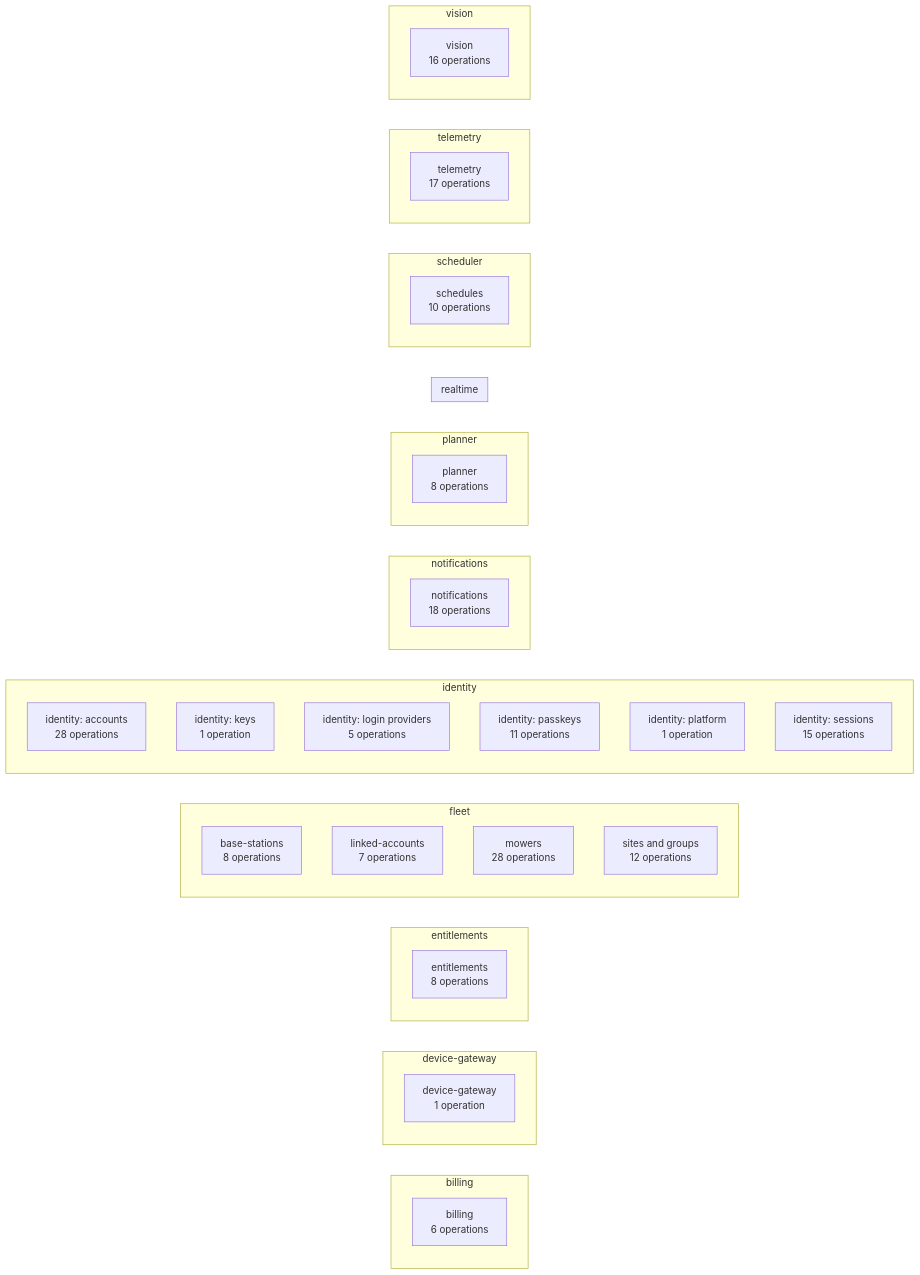
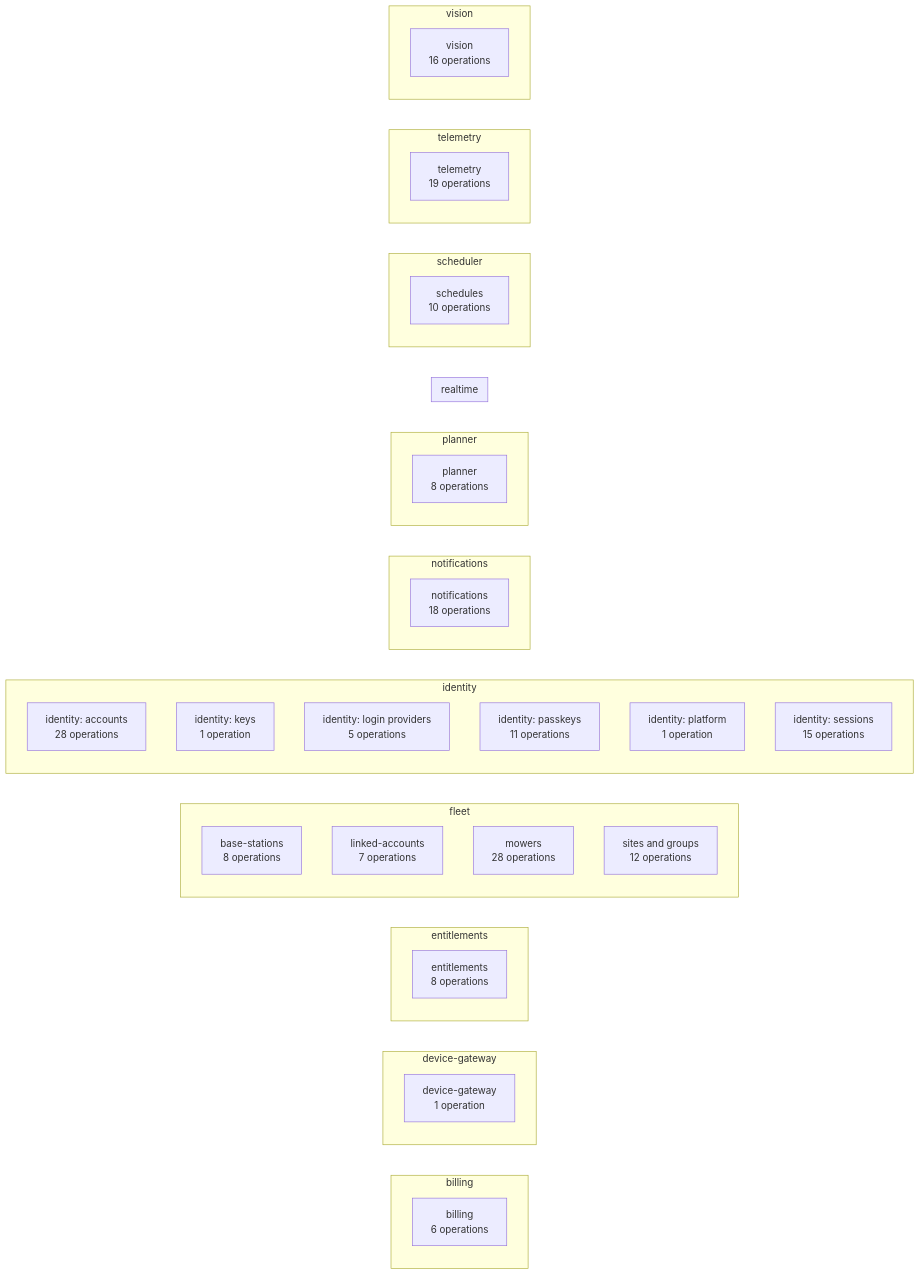
Diagram 14 of 15 in docs/architecture/generated.md (lukislp/mowdeck), drawn with Mermaid before and after one commit. The commit also changed other lines of this file and 45 other files, not shown here.

````diff
--- a/docs/architecture/generated.md
+++ b/docs/architecture/generated.md
@@ -424,54 +424,54 @@
 ```mermaid
 flowchart LR
   subgraph billing["billing"]
     direction TB
     billing_billing["billing<br/>6 operations"]
   end
   subgraph device_gateway["device-gateway"]
     direction TB
     device_gateway_device_gateway["device-gateway<br/>1 operation"]
   end
   subgraph entitlements["entitlements"]
     direction TB
     entitlements_entitlements["entitlements<br/>8 operations"]
   end
   subgraph fleet["fleet"]
     direction TB
     fleet_base_stations["base-stations<br/>8 operations"]
     fleet_linked_accounts["linked-accounts<br/>7 operations"]
     fleet_mowers["mowers<br/>28 operations"]
     fleet_sites_and_groups["sites and groups<br/>12 operations"]
   end
   subgraph identity["identity"]
     direction TB
     identity_identity__accounts["identity: accounts<br/>28 operations"]
     identity_identity__keys["identity: keys<br/>1 operation"]
     identity_identity__login_providers["identity: login providers<br/>5 operations"]
     identity_identity__passkeys["identity: passkeys<br/>11 operations"]
     identity_identity__platform["identity: platform<br/>1 operation"]
     identity_identity__sessions["identity: sessions<br/>15 operations"]
   end
   subgraph notifications["notifications"]
     direction TB
     notifications_notifications["notifications<br/>18 operations"]
   end
   subgraph planner["planner"]
     direction TB
     planner_planner["planner<br/>8 operations"]
   end
   subgraph realtime["realtime"]
     direction TB
   end
   subgraph scheduler["scheduler"]
     direction TB
     scheduler_schedules["schedules<br/>10 operations"]
   end
   subgraph telemetry["telemetry"]
     direction TB
-    telemetry_telemetry["telemetry<br/>17 operations"]
+    telemetry_telemetry["telemetry<br/>19 operations"]
   end
   subgraph vision["vision"]
     direction TB
     vision_vision["vision<br/>16 operations"]
   end
 ```
````
